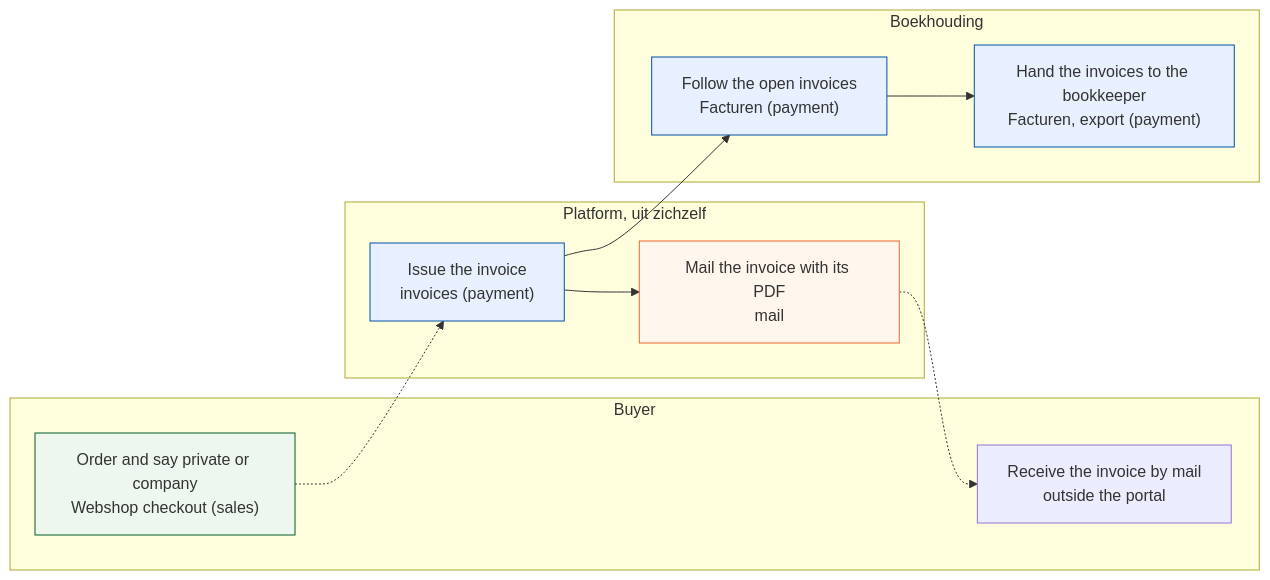
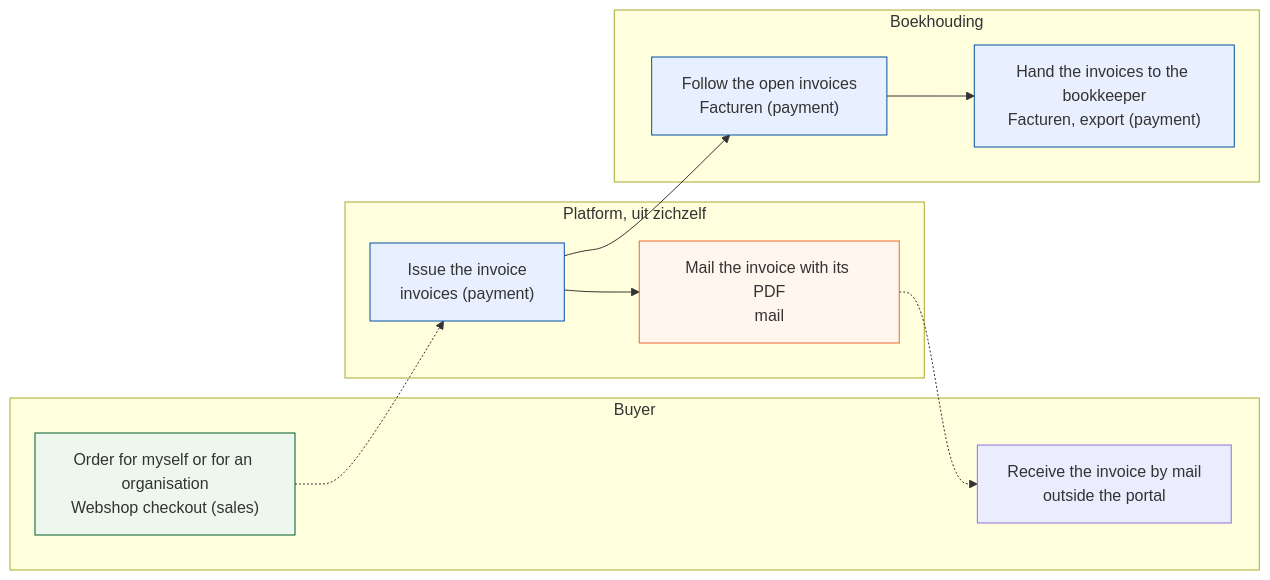
The third of 5 diagrams in docs/change_request_34_invoices.md (KoenRenders/KoenTest), drawn with Mermaid before and after one commit. The commit also changed other lines of this file, not shown here.

First line of the commit message:
docs(cr-34): the build read of Dev2 taken in — port, failing invoice, stored PDF, Peppol rounding, handler order, tests

````diff
--- a/docs/change_request_34_invoices.md
+++ b/docs/change_request_34_invoices.md
@@ -217,23 +217,23 @@
 ```mermaid
 flowchart LR
   subgraph B["Buyer"]
-    b1["Order and say private or company<br/>Webshop checkout (sales)"]
+    b1["Order for myself or for an organisation<br/>Webshop checkout (sales)"]
     b5["Receive the invoice by mail<br/>outside the portal"]
   end
   subgraph P["Platform, uit zichzelf"]
     p1["Issue the invoice<br/>invoices (payment)"]
     p3["Mail the invoice with its PDF<br/>mail"]
   end
   subgraph F["Boekhouding"]
     f2["Follow the open invoices<br/>Facturen (payment)"]
     f3["Hand the invoices to the bookkeeper<br/>Facturen, export (payment)"]
   end
   b1 -.-> p1 --> p3 -.-> b5
   p1 --> f2 --> f3
   classDef sales fill:#eef7ee,stroke:#005d29
   classDef pay fill:#e8f0ff,stroke:#0051a4
   classDef mailc fill:#fff7ed,stroke:#f16532
   class b1 sales
   class p1,f2,f3 pay
   class p3 mailc
 ```
````
